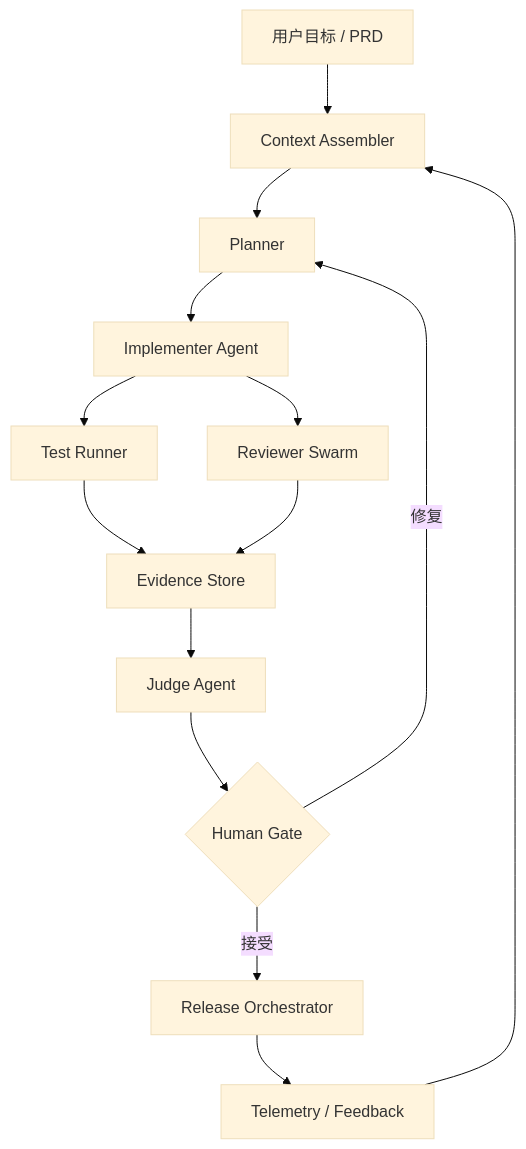
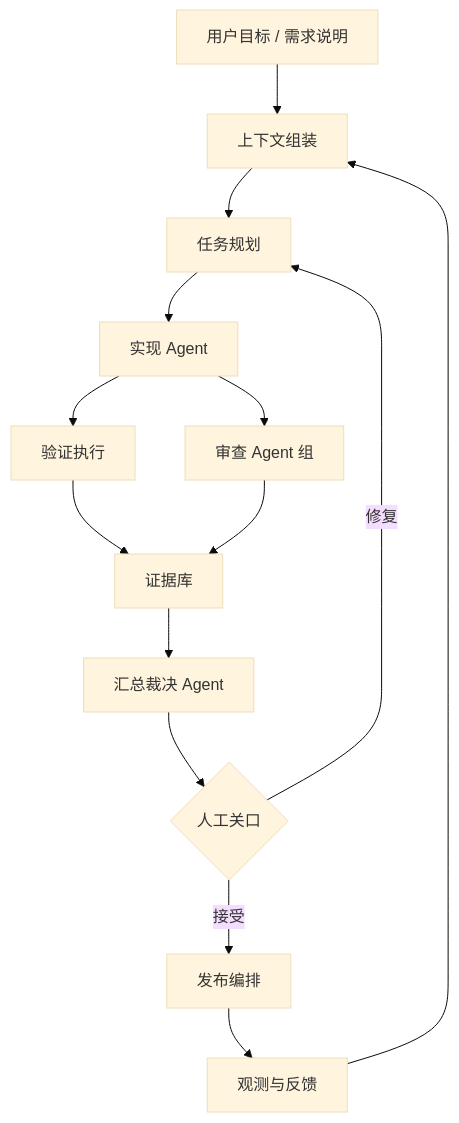
The diagram in docs/harness/overview.md (limecloud/aicoding), drawn with Mermaid (base theme) before and after one commit. The commit also changed other lines of this file and 60 other files, not shown here.

````diff
--- a/docs/harness/overview.md
+++ b/docs/harness/overview.md
@@ -19,16 +21,16 @@
 ```mermaid
 flowchart TD
-  A[用户目标 / PRD] --> B[Context Assembler]
-  B --> C[Planner]
-  C --> D[Implementer Agent]
-  D --> E[Test Runner]
-  D --> F[Reviewer Swarm]
-  E --> G[Evidence Store]
+  A[用户目标 / 需求说明] --> B[上下文组装]
+  B --> C[任务规划]
+  C --> D[实现 Agent]
+  D --> E[验证执行]
+  D --> F[审查 Agent 组]
+  E --> G[证据库]
   F --> G
-  G --> H[Judge Agent]
-  H --> I{Human Gate}
+  G --> H[汇总裁决 Agent]
+  H --> I{人工关口}
   I -->|修复| C
-  I -->|接受| J[Release Orchestrator]
-  J --> K[Telemetry / Feedback]
+  I -->|接受| J[发布编排]
+  J --> K[观测与反馈]
   K --> B
 ```
````
